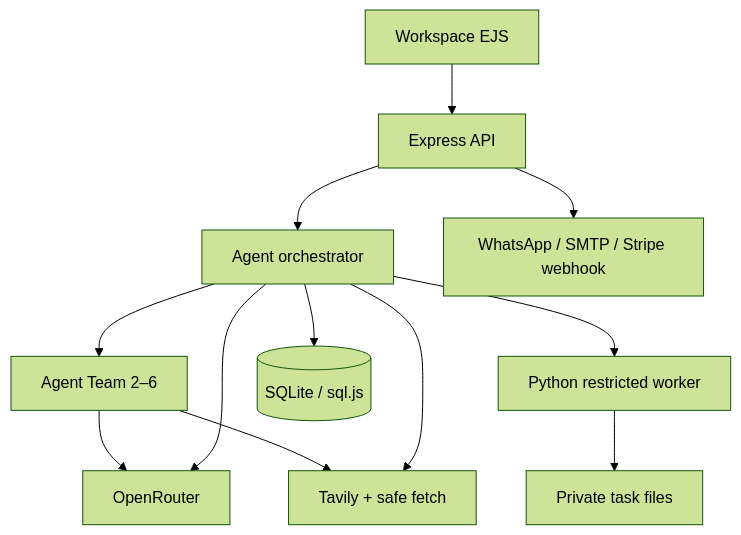
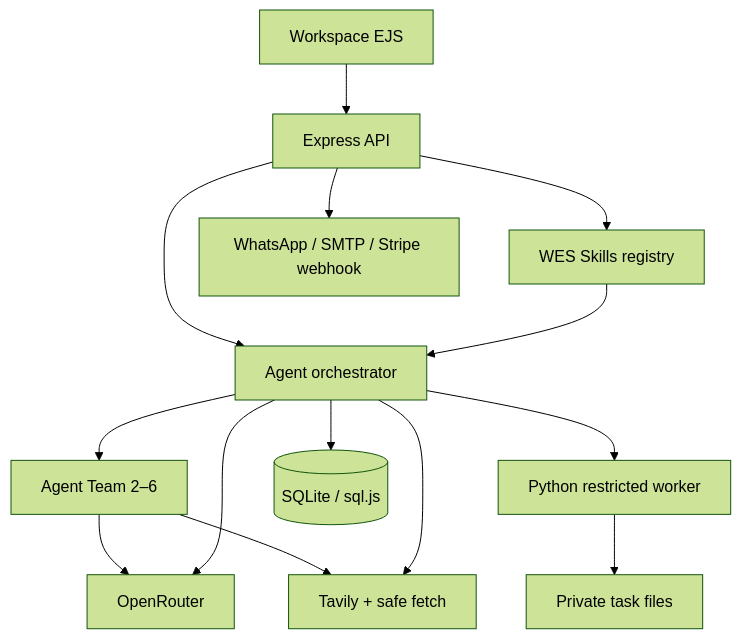
The diagram in README.md (walterzannoni90-netizen/piattaformaipersonale), drawn with Mermaid (forest theme) before and after one commit. The commit also changed other lines of this file and 25 other files, not shown here.

Commit message:
feat: introduce versioned WES Skills Studio

````diff
--- a/README.md
+++ b/README.md
@@ -28,14 +29,16 @@
 ```mermaid
 flowchart TD
     UI[Workspace EJS] --> API[Express API]
     API --> ORCH[Agent orchestrator]
+    API --> SKILLS[WES Skills registry]
+    SKILLS --> ORCH
     ORCH --> TEAM[Agent Team 2–6]
     TEAM --> AI
     TEAM --> WEB
     ORCH --> AI[OpenRouter]
     ORCH --> WEB[Tavily + safe fetch]
     ORCH --> PY[Python restricted worker]
     ORCH --> CRM[(SQLite / sql.js)]
     PY --> FILES[Private task files]
     API --> CHANNELS[WhatsApp / SMTP / Stripe webhook]
 ```
````
